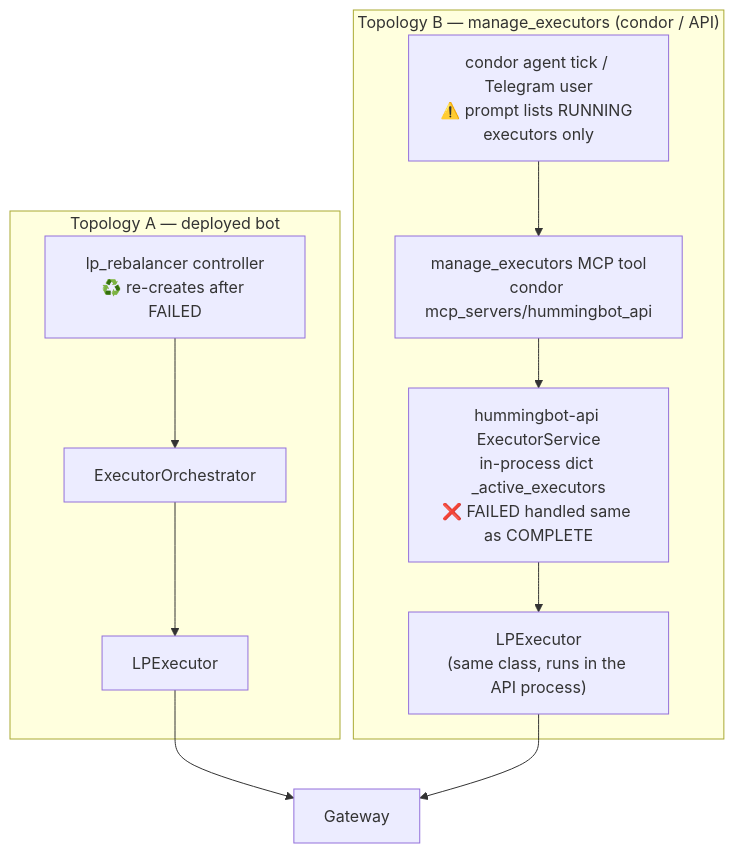
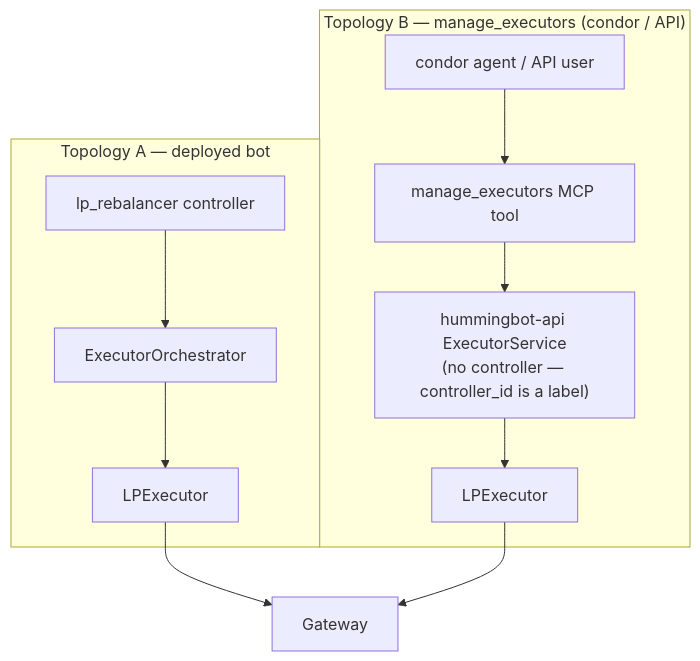
The fourth of 5 diagrams in docs/retry-architecture.md (hummingbot/gateway), drawn with Mermaid before and after one commit. The commit also changed other lines of this file, not shown here.

First line of the commit message:
docs: rewrite retry-architecture as issues + final architecture

````diff
--- a/docs/retry-architecture.md
+++ b/docs/retry-architecture.md
@@ -127,11 +154,11 @@
 ```mermaid
 flowchart TB
     subgraph TA["Topology A — deployed bot"]
-        A0["lp_rebalancer controller<br/>♻️ re-creates after FAILED"] --> A1["ExecutorOrchestrator"] --> A2["LPExecutor"]
+        A0["lp_rebalancer controller"] --> A1["ExecutorOrchestrator"] --> A2["LPExecutor"]
     end
     subgraph TB2["Topology B — manage_executors (condor / API)"]
-        B0["condor agent tick / Telegram user<br/>⚠️ prompt lists RUNNING executors only"] --> B1["manage_executors MCP tool<br/>condor mcp_servers/hummingbot_api"] --> B2["hummingbot-api ExecutorService<br/>in-process dict _active_executors<br/>❌ FAILED handled same as COMPLETE"] --> B3["LPExecutor<br/>(same class, runs in the API process)"]
+        B0["condor agent / API user"] --> B1["manage_executors MCP tool"] --> B2["hummingbot-api ExecutorService<br/>(no controller — controller_id is a label)"] --> B3["LPExecutor"]
     end
     A2 --> GW["Gateway"]
     B3 --> GW
 ```
````
